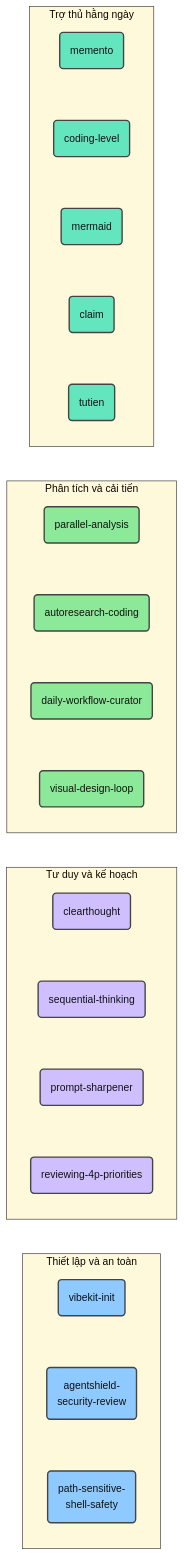
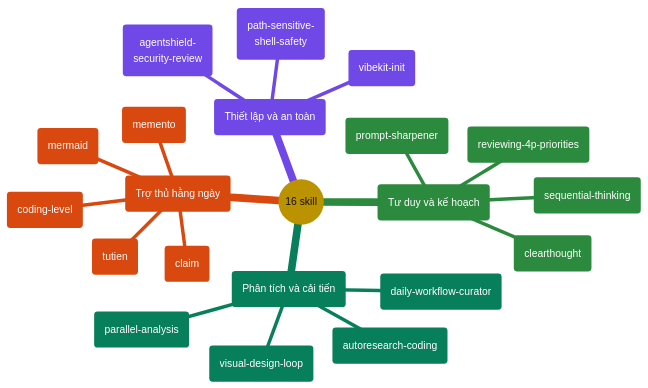
The fifth of 6 diagrams in docs/README.vi.md (giang6283623/minimal-vibe-coding-kit), drawn with Mermaid before and after one commit. The commit also changed 2 other files, not shown here.

Commit message:
fix mermaid Skills

````diff
--- a/docs/README.vi.md
+++ b/docs/README.vi.md
@@ -344,40 +344,57 @@
 ```mermaid
 ---
 config:
   theme: base
+  themeCSS: >-
+    .mindmap-node:not(.section-root):not(.section--1) text,
+    .mindmap-node:not(.section-root):not(.section--1) tspan
+    { fill: #FFFFFF !important; }
+    .mindmap-node:not(.section-root):not(.section--1) div,
+    .mindmap-node:not(.section-root):not(.section--1) span,
+    .mindmap-node:not(.section-root):not(.section--1) p
+    { color: #FFFFFF !important; }
   themeVariables:
+    darkMode: false
     fontFamily: cascadia mono, consolas, noto sans mono, menlo, monospace
     fontSize: 15px
-    lineColor: "#444444"
+    lineColor: "#888888"
     textColor: "#111111"
-    clusterBkg: "#FFF9DB"
-    clusterBorder: "#444444"
+    primaryColor: "#FFD43B"
+    primaryTextColor: "#111111"
+    primaryBorderColor: "#444444"
+    cScale0: "#1971C2"
+    cScale1: "#7048E8"
+    cScale2: "#2B8A3E"
+    cScale3: "#087F5B"
+    cScale4: "#D9480F"
+    cScale5: "#C2255C"
+    cScaleLabel0: "#FFFFFF"
+    cScaleLabel1: "#FFFFFF"
+    cScaleLabel2: "#FFFFFF"
+    cScaleLabel3: "#FFFFFF"
+    cScaleLabel4: "#FFFFFF"
+    cScaleLabel5: "#FFFFFF"
 ---
-flowchart LR
-    subgraph SetupCat["Thiết lập và an toàn"]
-        direction TB
-        S1("vibekit-init") ~~~ S2("agentshield-<br/>security-review") ~~~ S3("path-sensitive-<br/>shell-safety")
-    end
-    subgraph ThinkCat["Tư duy và kế hoạch"]
-        direction TB
-        T1("clearthought") ~~~ T2("sequential-thinking") ~~~ T3("prompt-sharpener") ~~~ T4("reviewing-4p-priorities")
-    end
-    subgraph AnalyzeCat["Phân tích và cải tiến"]
-        direction TB
-        A1("parallel-analysis") ~~~ A2("autoresearch-coding") ~~~ A3("daily-workflow-curator") ~~~ A4("visual-design-loop")
-    end
-    subgraph HelperCat["Trợ thủ hằng ngày"]
-        direction TB
-        H1("memento") ~~~ H2("coding-level") ~~~ H3("mermaid") ~~~ H4("claim") ~~~ H5("tutien")
-    end
-
-    classDef step fill:#8ECAFF,stroke:#444444,stroke-width:2px,color:#111111
-    classDef accent fill:#D0BFFF,stroke:#444444,stroke-width:2px,color:#111111
-    classDef success fill:#8CE99A,stroke:#444444,stroke-width:2px,color:#111111
-    classDef data fill:#63E6BE,stroke:#444444,stroke-width:2px,color:#111111
-
-    class S1,S2,S3 step
-    class T1,T2,T3,T4 accent
-    class A1,A2,A3,A4 success
-    class H1,H2,H3,H4,H5 data
+mindmap
+  root(("16 skill"))
+    setup("Thiết lập và an toàn")
+      s1("vibekit-init")
+      s2("agentshield-<br/>security-review")
+      s3("path-sensitive-<br/>shell-safety")
+    think("Tư duy và kế hoạch")
+      t1("clearthought")
+      t2("sequential-thinking")
+      t3("prompt-sharpener")
+      t4("reviewing-4p-priorities")
+    analyze("Phân tích và cải tiến")
+      a1("parallel-analysis")
+      a2("autoresearch-coding")
+      a3("daily-workflow-curator")
+      a4("visual-design-loop")
+    helpers("Trợ thủ hằng ngày")
+      h1("memento")
+      h2("coding-level")
+      h3("mermaid")
+      h4("claim")
+      h5("tutien")
 ```
````
